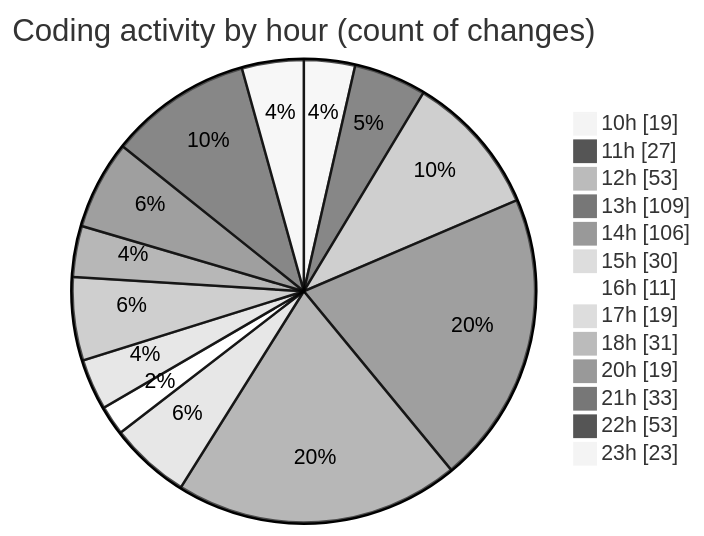
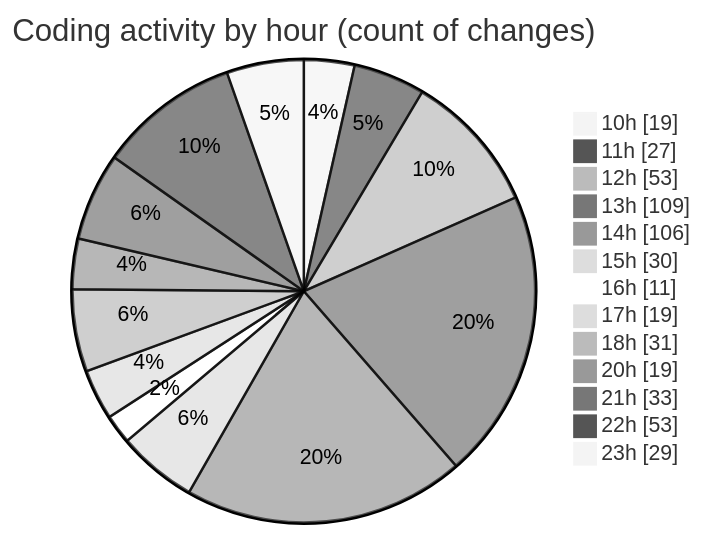
One commit to momahboobian/code-tracking changed the second of 2 diagrams in 2025-03-18/cda/README.md. Above: the diagram before and after it, drawn with Mermaid (neutral theme). The commit also changed other lines of this file and 1 other file, not shown here.

````diff
--- a/2025-03-18/cda/README.md
+++ b/2025-03-18/cda/README.md
@@ -46,17 +46,17 @@
 ```mermaid
 pie showData
 title Coding activity by hour (count of changes)
 "10h" : 19
 "11h" : 27
 "12h" : 53
 "13h" : 109
 "14h" : 106
 "15h" : 30
 "16h" : 11
 "17h" : 19
 "18h" : 31
 "20h" : 19
 "21h" : 33
 "22h" : 53
-"23h" : 23
+"23h" : 29
 ```
````
